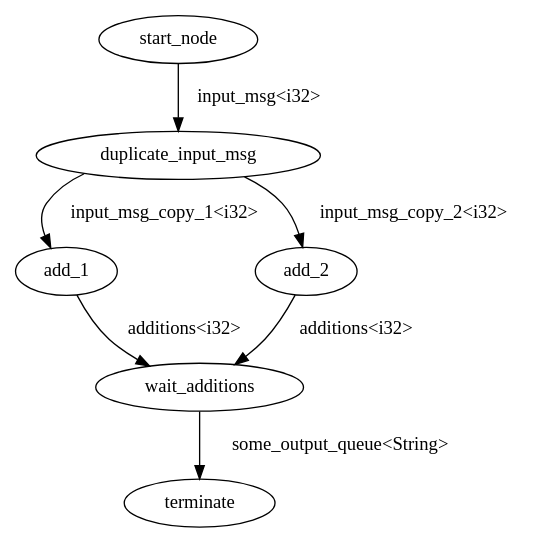
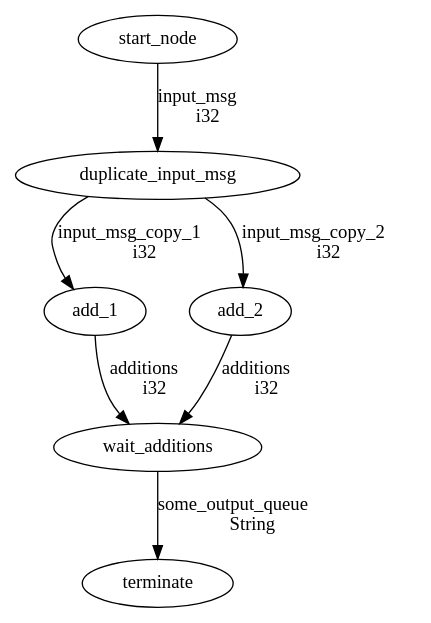
One commit to qwfy/dge changed the diagram in dge-example/src/generated/graph.dot. Above: the diagram before and after it, drawn with Graphviz. The commit also changed 2 other files, not shown here.

Commit message:
Use a separate line for message type in the dot graph

```diff
--- a/dge-example/src/generated/graph.dot
+++ b/dge-example/src/generated/graph.dot
@@ -1,14 +1,14 @@
 digraph {
     0 [ label = "start_node" ]
     1 [ label = "duplicate_input_msg" ]
     2 [ label = "add_1" ]
     3 [ label = "add_2" ]
     4 [ label = "wait_additions" ]
     5 [ label = "terminate" ]
-    0 -> 1 [ label = "input_msg<i32>" ]
-    1 -> 2 [ label = "input_msg_copy_1<i32>" ]
-    1 -> 3 [ label = "input_msg_copy_2<i32>" ]
-    2 -> 4 [ label = "additions<i32>" ]
-    3 -> 4 [ label = "additions<i32>" ]
-    4 -> 5 [ label = "some_output_queue<String>" ]
+    0 -> 1 [ label = "input_msg\li32" ]
+    1 -> 2 [ label = "input_msg_copy_1\li32" ]
+    1 -> 3 [ label = "input_msg_copy_2\li32" ]
+    2 -> 4 [ label = "additions\li32" ]
+    3 -> 4 [ label = "additions\li32" ]
+    4 -> 5 [ label = "some_output_queue\lString" ]
 }
```
